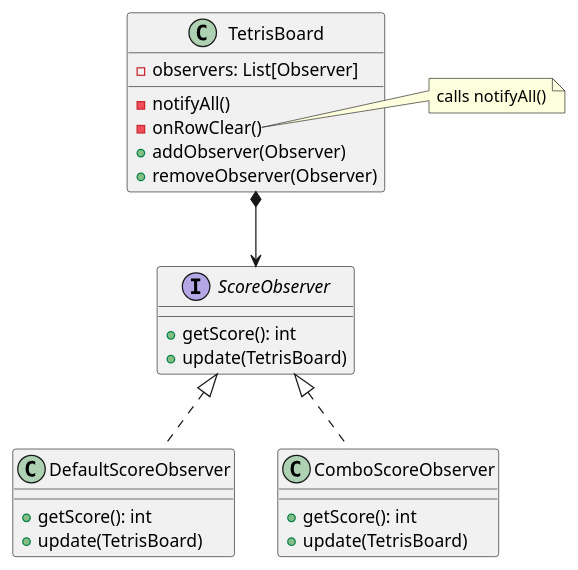
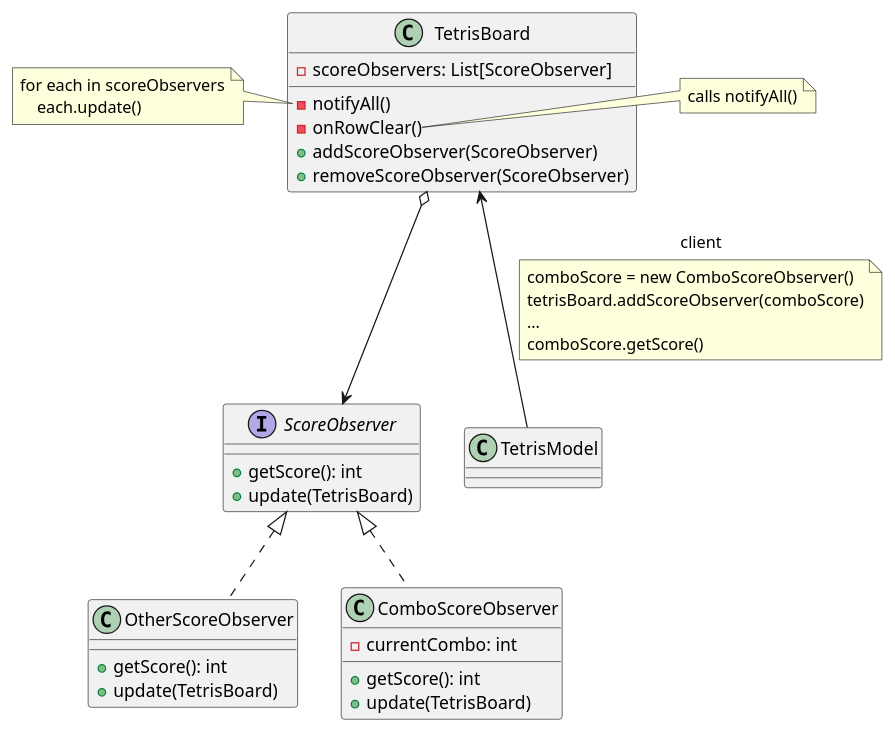
One commit to jimmy-zx/SAC changed the diagram in docs/uml/score.puml. Above: the diagram before and after it, drawn with PlantUML.

Commit message:
[docs] Add client code to score.puml

```diff
--- a/docs/uml/score.puml
+++ b/docs/uml/score.puml
@@ -1,36 +1,53 @@
 @startuml
-
 
 class TetrisBoard {
 - notifyAll()
 - onRowClear()
-- observers: List[Observer]
-+ addObserver(Observer)
-+ removeObserver(Observer)
+- scoreObservers: List[ScoreObserver]
++ addScoreObserver(ScoreObserver)
++ removeScoreObserver(ScoreObserver)
 }
 
 note right of TetrisBoard::onRowClear
 calls notifyAll()
+end note
+
+note left of TetrisBoard::notifyAll
+for each in scoreObservers
+    each.update()
 end note
 
 interface ScoreObserver {
 + getScore(): int
 + update(TetrisBoard)
 }
 
-class DefaultScoreObserver {
+class OtherScoreObserver {
 + getScore(): int
 + update(TetrisBoard)
 }
 
 class ComboScoreObserver {
+- currentCombo: int
 + getScore(): int
 + update(TetrisBoard)
 }
 
+class TetrisModel {
 
-TetrisBoard *--> ScoreObserver
-ScoreObserver <|.. DefaultScoreObserver
+}
+
+
+TetrisBoard o--> ScoreObserver
+ScoreObserver <|.. OtherScoreObserver
 ScoreObserver <|.. ComboScoreObserver
+TetrisBoard <-- TetrisModel: client
+
+note on link
+comboScore = new ComboScoreObserver()
+tetrisBoard.addScoreObserver(comboScore)
+...
+comboScore.getScore()
+end note
 
 @enduml
```
